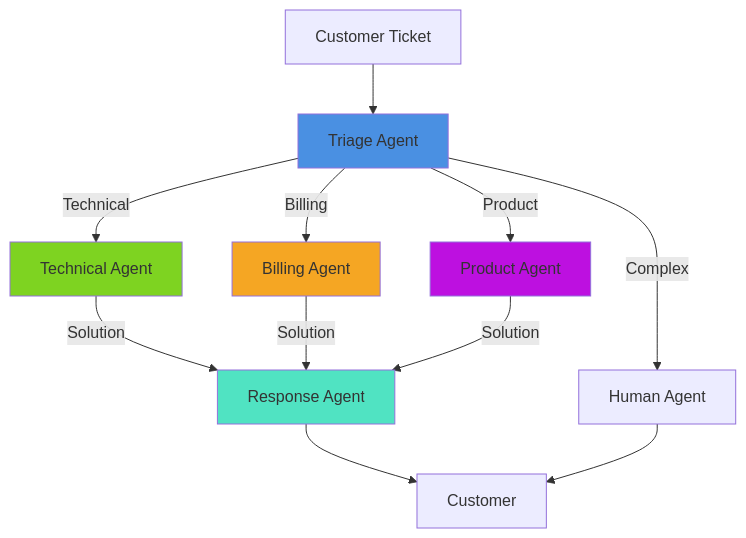
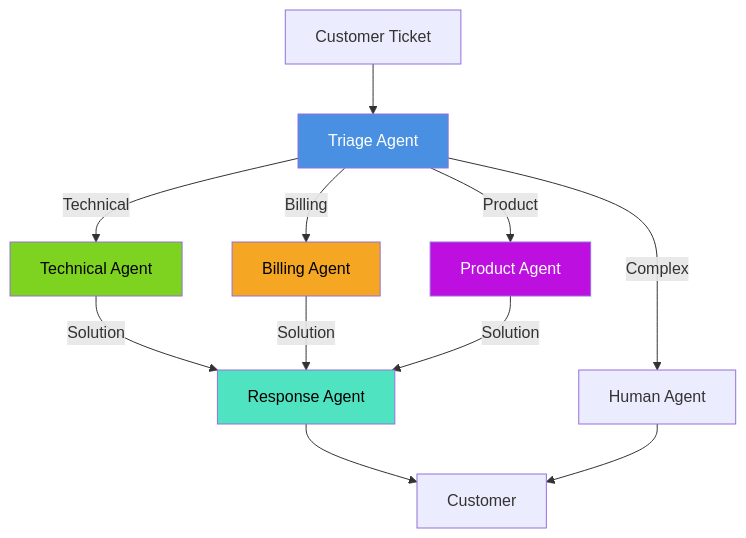
One commit to EideticPleroma/tutorials changed the third of 5 diagrams in lesson-2-multi-agent/tutorial-2/case-studies.md. Above: the diagram before and after it, drawn with Mermaid. The commit also changed other lines of this file and 7 other files, not shown here.

First line of the commit message:
docs: implement color contrast standards across all diagrams

````diff
--- a/lesson-2-multi-agent/tutorial-2/case-studies.md
+++ b/lesson-2-multi-agent/tutorial-2/case-studies.md
@@ -237,22 +237,22 @@
 ```mermaid
 flowchart TD
     Ticket[Customer Ticket] --> Triage[Triage Agent]
     
     Triage -->|Technical| Tech[Technical Agent]
     Triage -->|Billing| Billing[Billing Agent]
     Triage -->|Product| Product[Product Agent]
     Triage -->|Complex| Human[Human Agent]
     
     Tech -->|Solution| Response[Response Agent]
     Billing -->|Solution| Response
     Product -->|Solution| Response
     
     Response --> Customer[Customer]
     Human --> Customer
     
-    style Triage fill:#4A90E2
-    style Tech fill:#7ED321
-    style Billing fill:#F5A623
-    style Product fill:#BD10E0
-    style Response fill:#50E3C2
+    style Triage fill:#4A90E2,color:#FFFFFF
+    style Tech fill:#7ED321,color:#000000
+    style Billing fill:#F5A623,color:#000000
+    style Product fill:#BD10E0,color:#FFFFFF
+    style Response fill:#50E3C2,color:#000000
 ```
````
